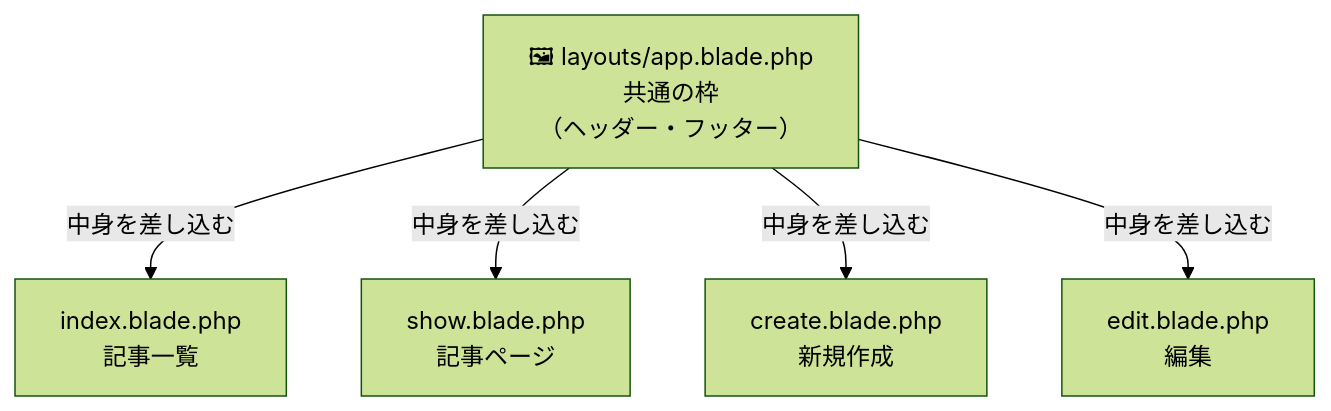
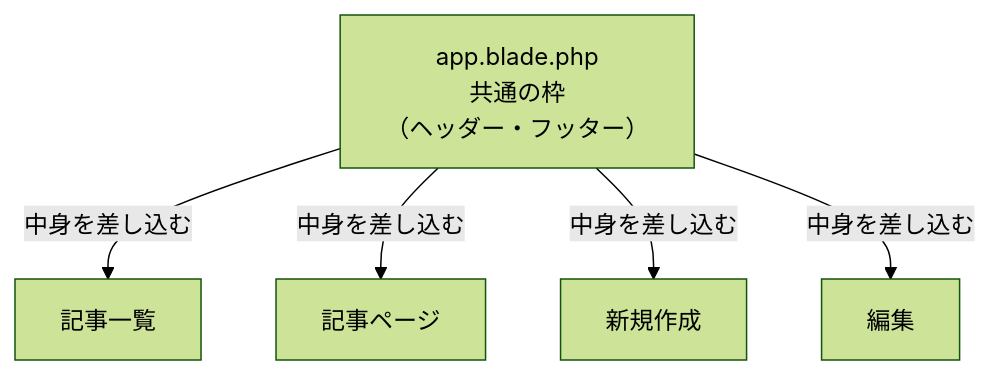
The first of 2 diagrams in guides/05.md (kou-tech/seb-hands-on), drawn with Mermaid (forest theme) before and after one commit. The commit also changed other lines of this file and 16 other files, not shown here.

First line of the commit message:
Add: ハンズオンのフロー図8枚を guides/images に追加

````diff
--- a/guides/05.md
+++ b/guides/05.md
@@ -30,8 +32,8 @@
 ```mermaid
 flowchart TB
-    Layout["🖼 layouts/app.blade.php<br/>共通の枠<br/>（ヘッダー・フッター）"]
-    Layout -->|中身を差し込む| I["index.blade.php<br/>記事一覧"]
-    Layout -->|中身を差し込む| S["show.blade.php<br/>記事ページ"]
-    Layout -->|中身を差し込む| C["create.blade.php<br/>新規作成"]
-    Layout -->|中身を差し込む| E["edit.blade.php<br/>編集"]
+    Layout["app.blade.php<br/>共通の枠<br/>（ヘッダー・フッター）"]
+    Layout -->|中身を差し込む| I["記事一覧"]
+    Layout -->|中身を差し込む| S["記事ページ"]
+    Layout -->|中身を差し込む| C["新規作成"]
+    Layout -->|中身を差し込む| E["編集"]
 ```
````
